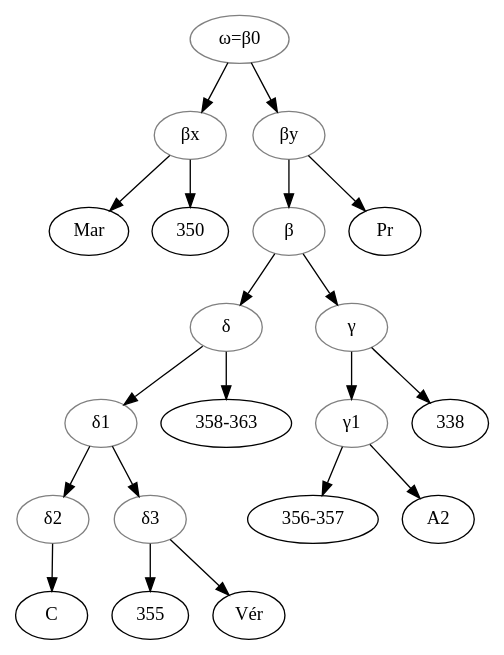
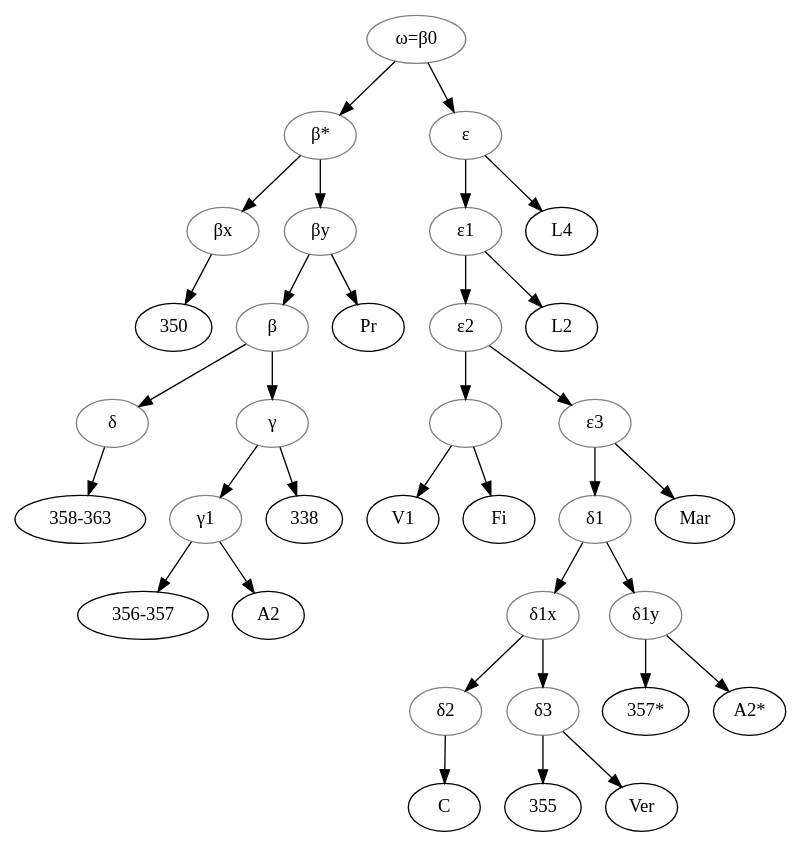
The diagram in data/fro/Lagomarsini_2018_GuironCourtois2/stemma.gv (OpenStemmata/database), drawn with Graphviz before and after one commit. The commit also changed 5 other files, not shown here.

```diff
--- a/data/fro/Lagomarsini_2018_GuironCourtois2/stemma.gv
+++ b/data/fro/Lagomarsini_2018_GuironCourtois2/stemma.gv
@@ -1,36 +1,57 @@
 digraph {
-
+1[label="", color="grey"];
 beta[label="β", color="grey"];
+betaEtoile[label="β*"color="grey"];
 betax[label="βx", color="grey"]
 betay[label="βy"color="grey"];
 delta[label="δ", color="grey"]
 delta1[label="δ1"color="grey"];
 delta2[label="δ2"color="grey"];
+delta1x[label="δ1x"color="grey"];
+delta1y[label="δ1y"color="grey"];
 delta3[label="δ3"color="grey"];
+epsilon[label="ε", color="grey"];
+epsilon1[label="ε1", color="grey"];
+epsilon2[label="ε2", color="grey"];
+epsilon3[label="ε3", color="grey"];
 gamma[label="γ", color="grey"];
 gamma1[label="γ1"color="grey"];
-gamma1->356;
-gamma1->A2;
 omega[label="ω=β0", color="grey"];
 356[label="356-357"]
+357[label="357*"]
 358[label="358-363"]
-
-omega->betax;
-betax->Mar;
+A2Etoile[label="A2*"]
+omega->betaEtoile;
+betaEtoile->betax;
 betax->350;
-omega->betay;
+betaEtoile->betay;
 betay->Pr;
 betay->beta;
 beta->gamma;
 gamma->338;
 gamma->gamma1;
+gamma1->356;
+gamma1->A2;
 beta->delta;
-delta->358;
-delta->delta1;
-delta1->delta2;
+delta->358
+omega->epsilon;
+epsilon->L4;
+epsilon->epsilon1;
+epsilon1->L2;
+epsilon1->epsilon2;
+epsilon2->1;
+1->V1;
+1->Fi;
+epsilon2->epsilon3;
+epsilon3->delta1;
+delta1->delta1x;
+delta1x->delta2;
 delta2->C;
-delta1->delta3;
+delta1x->delta3;
 delta3->355;
-delta3->Vér;
-
+delta3->Ver;
+delta1->delta1y;
+delta1y->357;
+delta1y->A2Etoile;
+epsilon3->Mar;
 }
```
